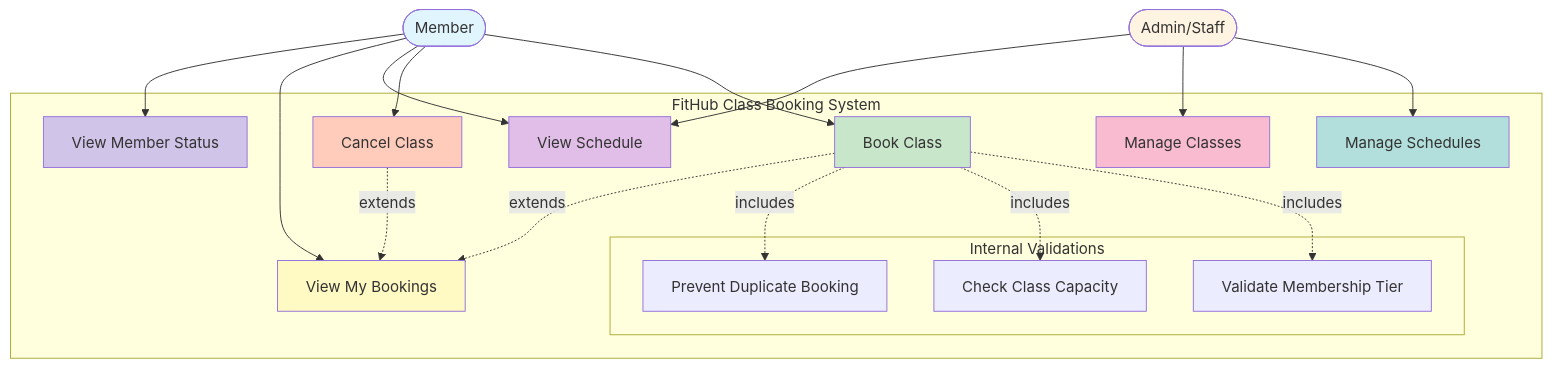
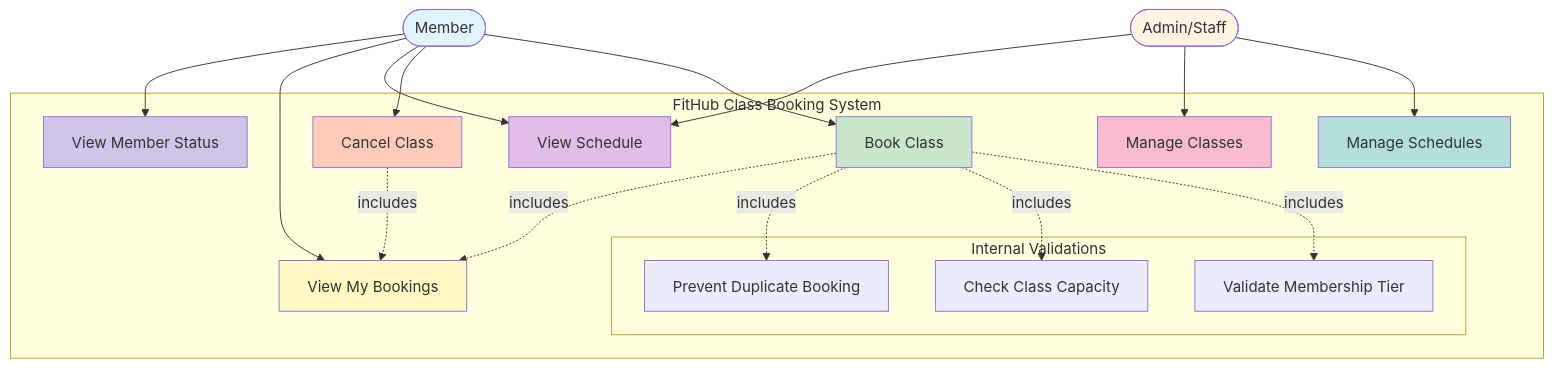
The diagram in use_case_diagram.md (saishameh/CPS714-Section3), drawn with Mermaid before and after one commit. The commit also changed other lines of this file and 2 other files, not shown here.

Commit message:
Fix UML diagram issues from code review

````diff
--- a/use_case_diagram.md
+++ b/use_case_diagram.md
@@ -5,48 +5,48 @@
 ```mermaid
 graph TB
     Member([Member])
     Admin([Admin/Staff])
 
     subgraph "FitHub Class Booking System"
         UC1[Book Class]
         UC2[Cancel Class]
         UC3[View Schedule]
         UC4[View My Bookings]
         UC5[Manage Schedules]
         UC6[Manage Classes]
         UC7[View Member Status]
         
         subgraph "Internal Validations"
             V1[Validate Membership Tier]
             V2[Check Class Capacity]
             V3[Prevent Duplicate Booking]
         end
     end
 
     Member --> UC1
     Member --> UC2
     Member --> UC3
     Member --> UC4
     Member --> UC7
     
     Admin --> UC5
     Admin --> UC6
     Admin --> UC3
     
     UC1 -.includes.-> V1
     UC1 -.includes.-> V2
     UC1 -.includes.-> V3
     
-    UC1 -.extends.-> UC4
-    UC2 -.extends.-> UC4
+    UC1 -.includes.-> UC4
+    UC2 -.includes.-> UC4
     
     style Member fill:#e1f5ff
     style Admin fill:#fff4e1
     style UC1 fill:#c8e6c9
     style UC2 fill:#ffccbc
     style UC3 fill:#e1bee7
     style UC4 fill:#fff9c4
     style UC5 fill:#b2dfdb
     style UC6 fill:#f8bbd0
     style UC7 fill:#d1c4e9
 ```
````
